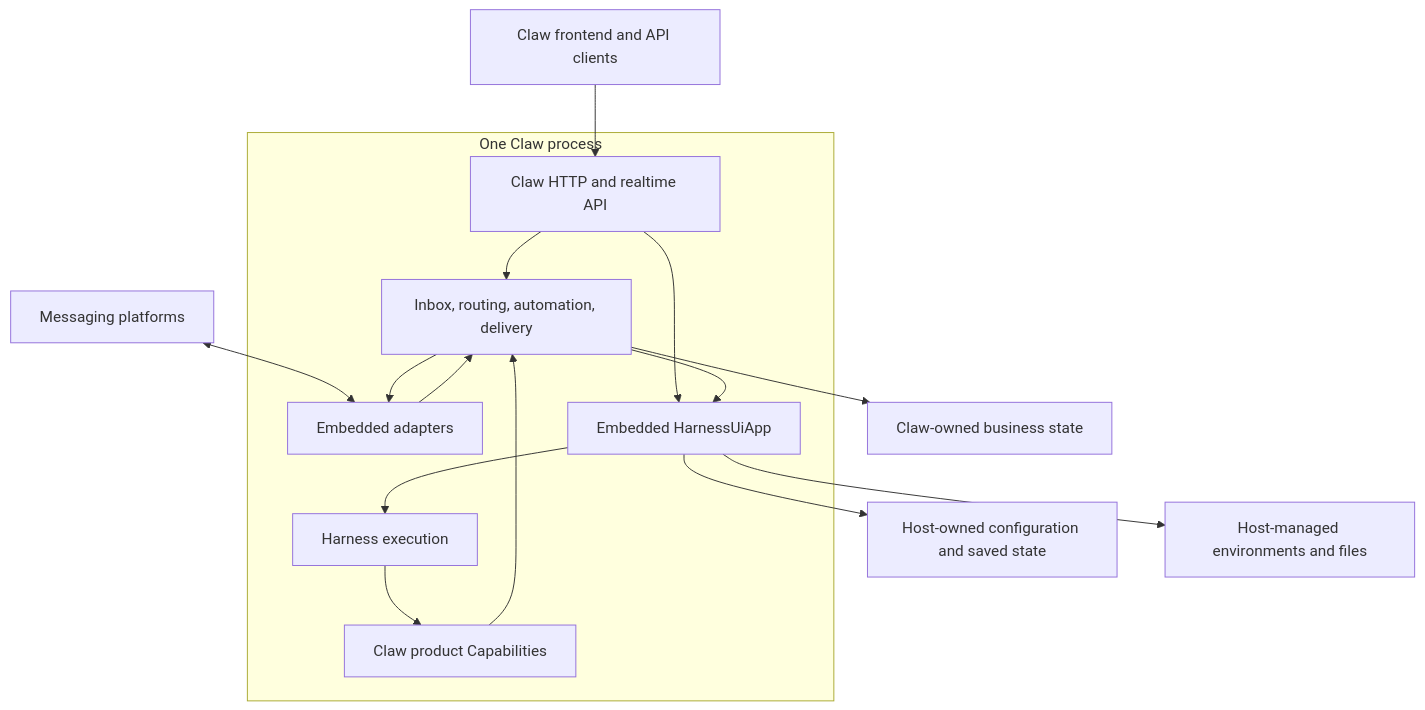
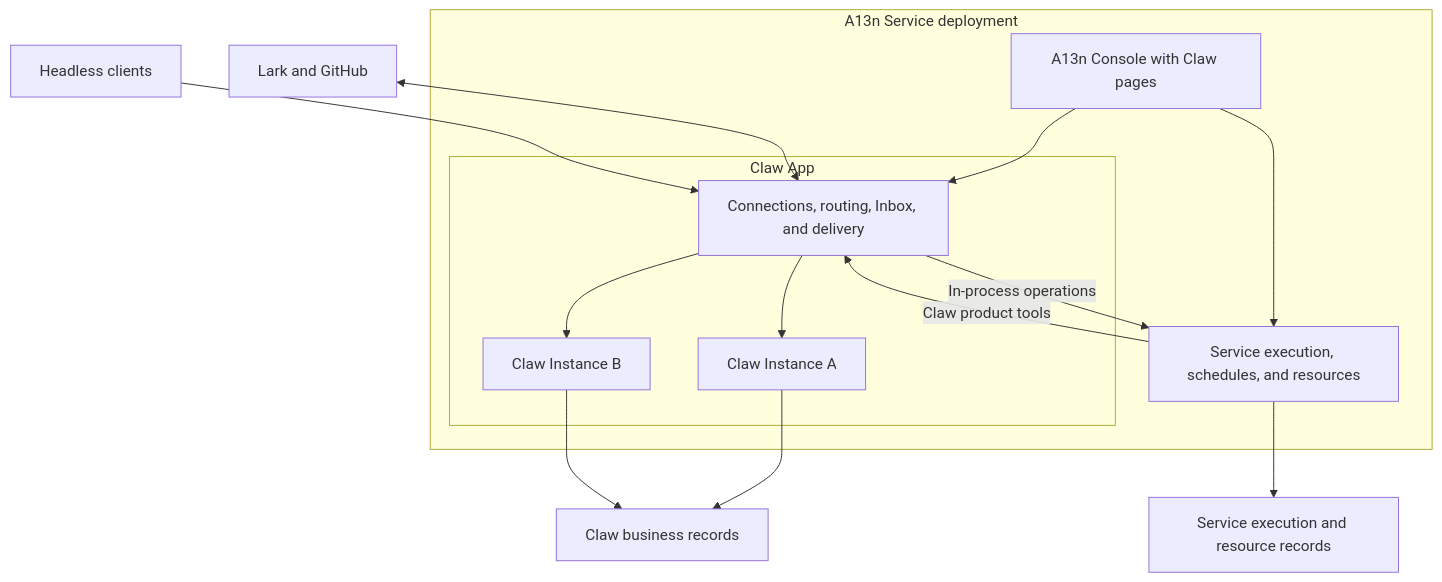
The diagram in spec/00-overview.md (Wh1isper/a13n-claw), drawn with Mermaid before and after one commit. The commit also changed other lines of this file and 15 other files, not shown here.

Commit message:
docs(spec): redesign Claw for multiple Service App instances

````diff
--- a/spec/00-overview.md
+++ b/spec/00-overview.md
@@ -13,18 +11,25 @@
 ```mermaid
 flowchart TB
-    Frontend[Claw frontend and API clients] --> API
-    Platforms[Messaging platforms] <--> Bridges
-    subgraph Process[One Claw process]
-        API[Claw HTTP and realtime API] --> Product
-        API --> Host
-        Bridges[Embedded adapters] --> Product
-        Product[Inbox, routing, automation, delivery] --> Host
-        Host[Embedded HarnessUiApp] --> Harness
-        Harness[Harness execution] --> Tools[Claw product Capabilities]
-        Tools --> Product
-        Product --> Bridges
+    Platforms[Lark and GitHub]
+    Clients[Headless clients]
+    subgraph Deployment[A13n Service deployment]
+        Console[A13n Console with Claw pages]
+        subgraph App[Claw App]
+            Product[Connections, routing, Inbox, and delivery]
+            A[Claw Instance A]
+            B[Claw Instance B]
+            Product --> A
+            Product --> B
+        end
+        Service[Service execution, schedules, and resources]
+        Console --> Product
+        Console --> Service
+        Product -->|In-process operations| Service
+        Service -->|Claw product tools| Product
     end
-    Host --> HostState[Host-owned configuration and saved state]
-    Product --> BusinessState[Claw-owned business state]
-    Host --> Environment[Host-managed environments and files]
+    Platforms <--> Product
+    Clients --> Product
+    A --> AppState[Claw business records]
+    B --> AppState
+    Service --> NativeState[Service execution and resource records]
 ```
````
